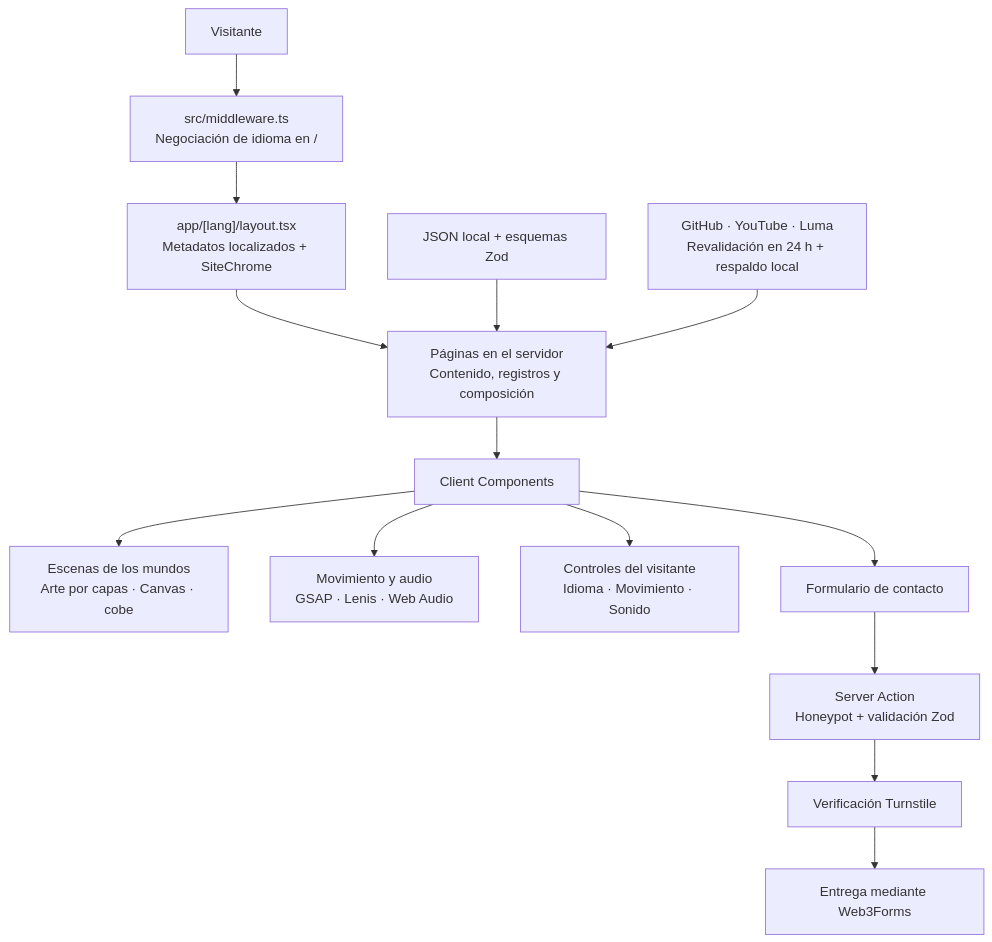
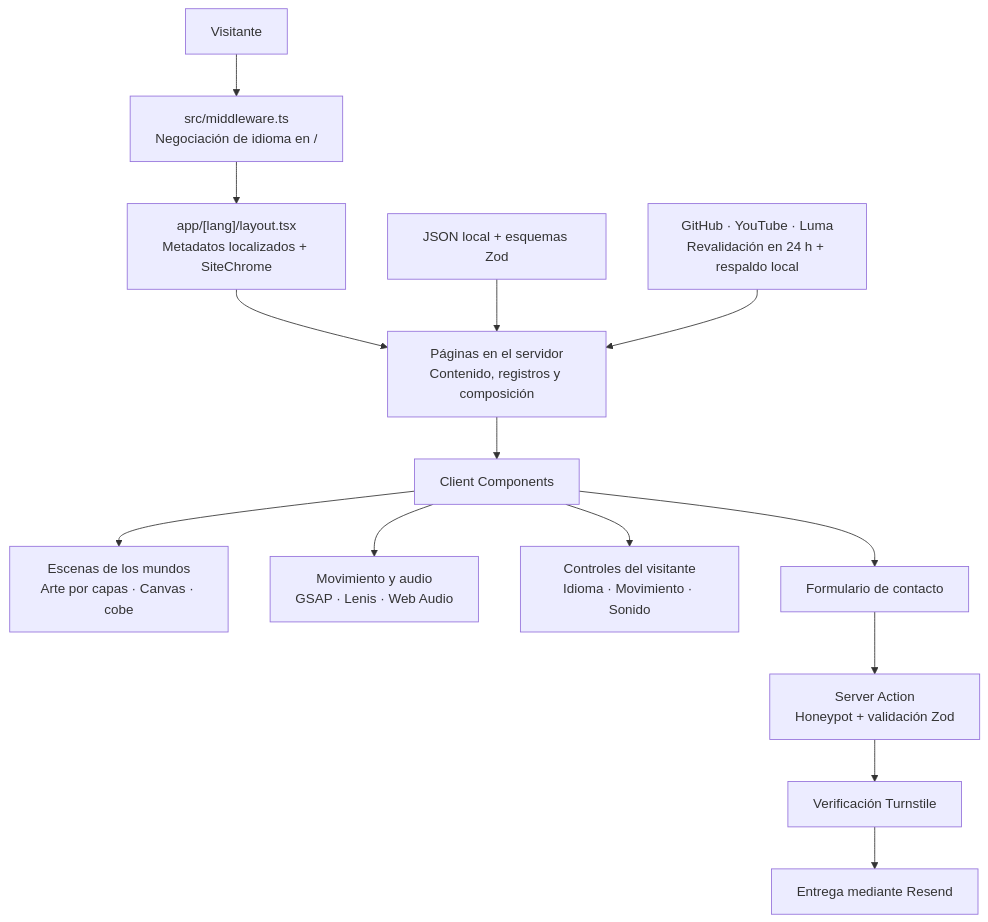
One commit to glaucia86/glaucialemos.dev changed the diagram in README.es.md. Above: the diagram before and after it, drawn with Mermaid. The commit also changed other lines of this file and 196 other files, not shown here.

````diff
--- a/README.es.md
+++ b/README.es.md
@@ -113,16 +122,16 @@
 ```mermaid
 flowchart TD
     V["Visitante"] --> M["src/middleware.ts<br/>Negociación de idioma en /"]
     M --> L["app/[lang]/layout.tsx<br/>Metadatos localizados + SiteChrome"]
     L --> P["Páginas en el servidor<br/>Contenido, registros y composición"]
     D["JSON local + esquemas Zod"] --> P
     R["GitHub · YouTube · Luma<br/>Revalidación en 24 h + respaldo local"] --> P
     P --> C["Client Components"]
     C --> W["Escenas de los mundos<br/>Arte por capas · Canvas · cobe"]
     C --> A["Movimiento y audio<br/>GSAP · Lenis · Web Audio"]
     C --> U["Controles del visitante<br/>Idioma · Movimiento · Sonido"]
     C --> F["Formulario de contacto"]
     F --> S["Server Action<br/>Honeypot + validación Zod"]
     S --> T["Verificación Turnstile"]
-    T --> E["Entrega mediante Web3Forms"]
+    T --> E["Entrega mediante Resend"]
 ```
````
